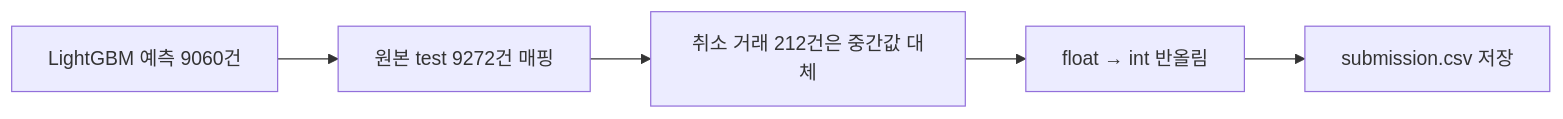
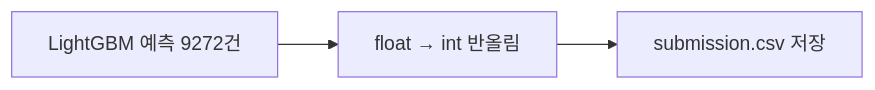
One commit to FastAI-24/Eda-processing changed the fifth of 5 diagrams in README.md. Above: the diagram before and after it, drawn with Mermaid. The commit also changed other lines of this file and 1 other file, not shown here.

````diff
--- a/README.md
+++ b/README.md
@@ -594,7 +602,5 @@
 ```mermaid
 graph LR
-    A[LightGBM 예측 9060건] --> B[원본 test 9272건 매핑]
-    B --> C[취소 거래 212건은 중간값 대체]
-    C --> D[float → int 반올림]
-    D --> E[submission.csv 저장]
+    A[LightGBM 예측 9272건] --> B[float → int 반올림]
+    B --> C[submission.csv 저장]
 ```
````
